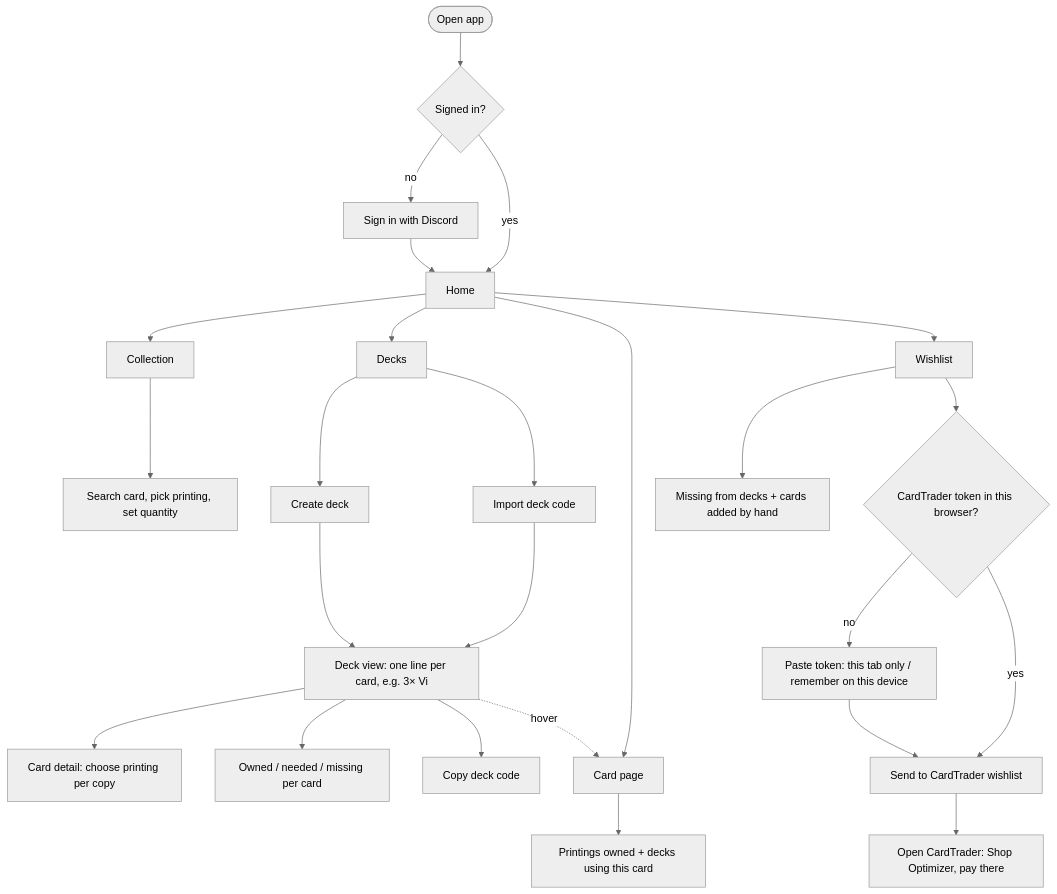
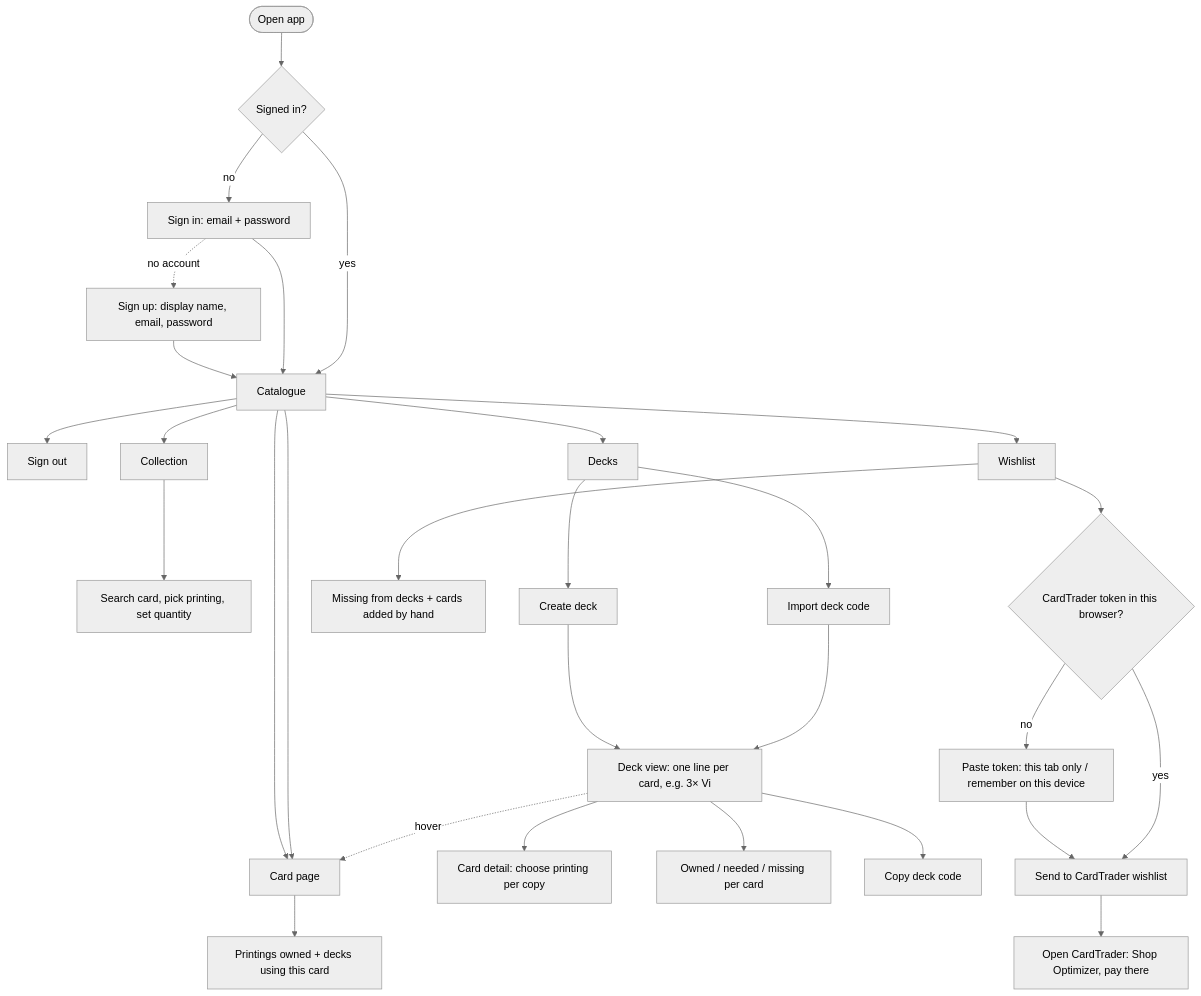
Before and after one commit to NichAnti/runebinder: the diagram in docs/01-user-flows.md, drawn with Mermaid (neutral theme). The commit also changed other lines of this file and 3 other files, not shown here.

````diff
--- a/docs/01-user-flows.md
+++ b/docs/01-user-flows.md
@@ -5,31 +5,36 @@
 ```mermaid
 flowchart TD
   Start([Open app]) --> SignedIn{Signed in?}
-  SignedIn -- no --> Login[Sign in with Discord]
-  Login --> Home
-  SignedIn -- yes --> Home[Home]
+  SignedIn -- no --> SignIn[Sign in: email + password]
+  SignIn -. no account .-> SignUp[Sign up: display name, email, password]
+  SignUp --> Home
+  SignIn --> Home
+  SignedIn -- yes --> Home[Catalogue]
+  Home --> SignOut[Sign out]
+
+  Home --> CardPage
 
   Home --> Collection[Collection]
   Collection --> AddOwned[Search card, pick printing, set quantity]
 
   Home --> Decks[Decks]
   Decks --> NewDeck[Create deck]
   Decks --> ImportDeck[Import deck code]
   NewDeck --> DeckView
   ImportDeck --> DeckView[Deck view: one line per card, e.g. 3× Vi]
   DeckView --> DeckCardDetail[Card detail: choose printing per copy]
   DeckView --> Status[Owned / needed / missing per card]
   DeckView --> ExportDeck[Copy deck code]
 
   Home --> CardPage[Card page]
   DeckView -. hover .-> CardPage
   CardPage --> CardInfo[Printings owned + decks using this card]
 
   Home --> Wishlist[Wishlist]
   Wishlist --> WishlistContent[Missing from decks + cards added by hand]
   Wishlist --> Send{CardTrader token in this browser?}
   Send -- no --> PasteToken[Paste token: this tab only / remember on this device]
   PasteToken --> Push
   Send -- yes --> Push[Send to CardTrader wishlist]
   Push --> CardTrader[Open CardTrader: Shop Optimizer, pay there]
 ```
````
